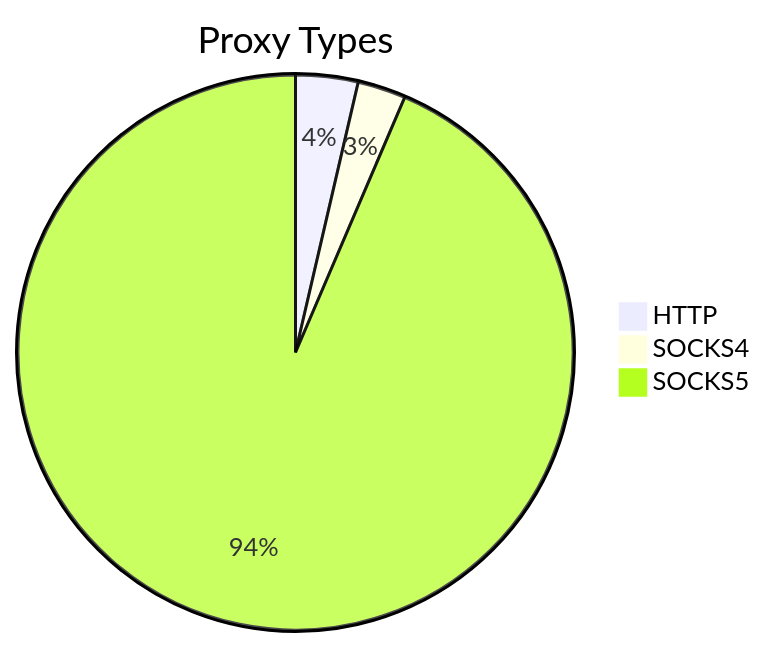
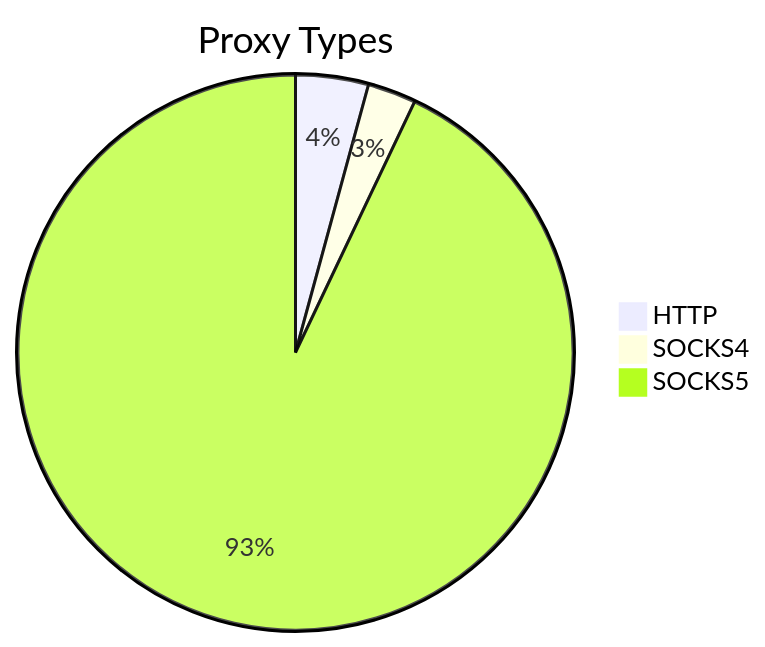
Before and after one commit to stormsia/proxy-list: the first of 2 diagrams in README.md, drawn with Mermaid. The commit also changed other lines of this file, not shown here.

````diff
--- a/README.md
+++ b/README.md
@@ -21,6 +21,6 @@
 ```mermaid
 pie title Proxy Types
-    "HTTP" : 106
-    "SOCKS4" : 82
-    "SOCKS5" : 2732
+    "HTTP" : 69
+    "SOCKS4" : 46
+    "SOCKS5" : 1514
 ```
````
